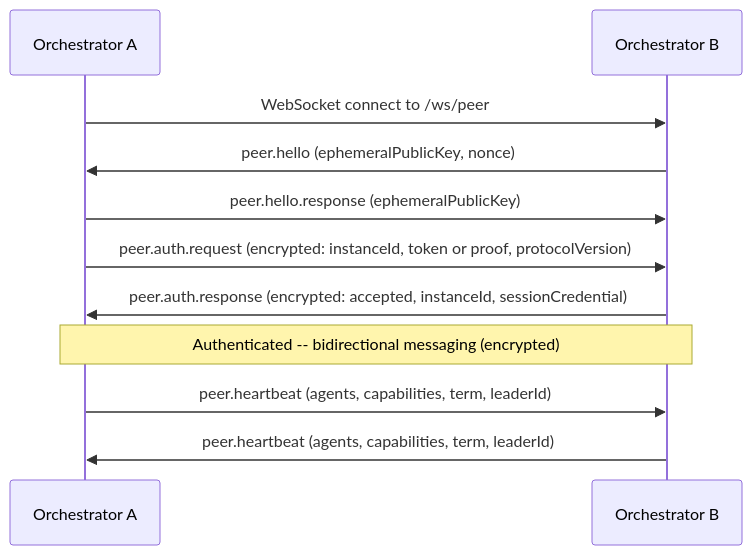
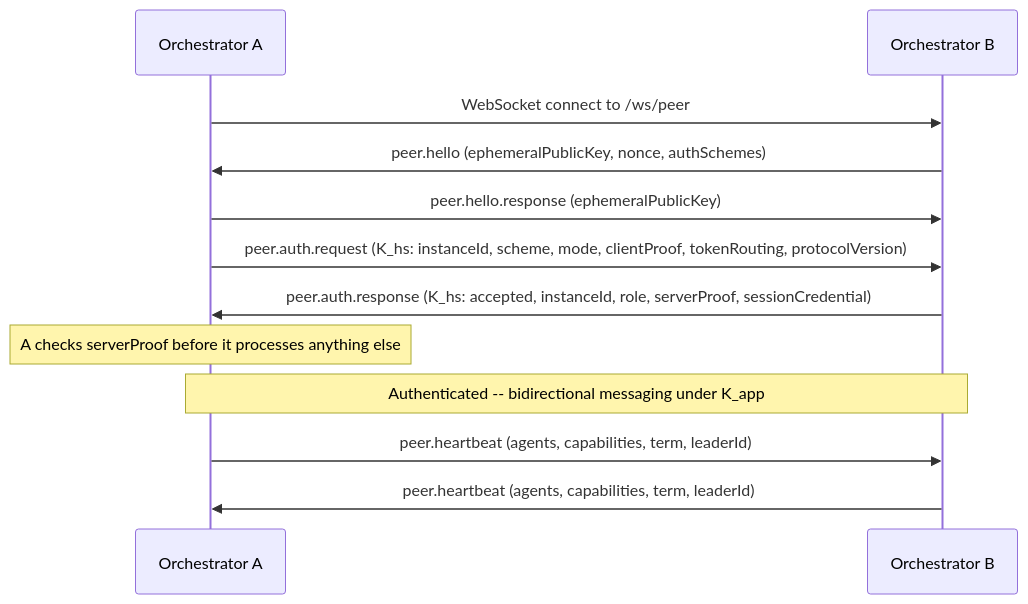
The first of 4 diagrams in docs/architecture/clustering/multi-orchestrator.md (kici-dev/kici-public), drawn with Mermaid before and after one commit. The commit also changed other lines of this file and 236 other files, not shown here.

````diff
--- a/docs/architecture/clustering/multi-orchestrator.md
+++ b/docs/architecture/clustering/multi-orchestrator.md
@@ -72,16 +72,17 @@
 ```mermaid
 sequenceDiagram
     participant A as Orchestrator A
     participant B as Orchestrator B
 
     A->>B: WebSocket connect to /ws/peer
-    B->>A: peer.hello (ephemeralPublicKey, nonce)
+    B->>A: peer.hello (ephemeralPublicKey, nonce, authSchemes)
     A->>B: peer.hello.response (ephemeralPublicKey)
-    A->>B: peer.auth.request (encrypted: instanceId, token or proof, protocolVersion)
-    B->>A: peer.auth.response (encrypted: accepted, instanceId, sessionCredential)
+    A->>B: peer.auth.request (K_hs: instanceId, scheme, mode, clientProof, tokenRouting, protocolVersion)
+    B->>A: peer.auth.response (K_hs: accepted, instanceId, role, serverProof, sessionCredential)
+    Note over A: A checks serverProof before it processes anything else
 
-    Note over A,B: Authenticated -- bidirectional messaging (encrypted)
+    Note over A,B: Authenticated -- bidirectional messaging under K_app
 
     A->>B: peer.heartbeat (agents, capabilities, term, leaderId)
     B->>A: peer.heartbeat (agents, capabilities, term, leaderId)
 ```
````
